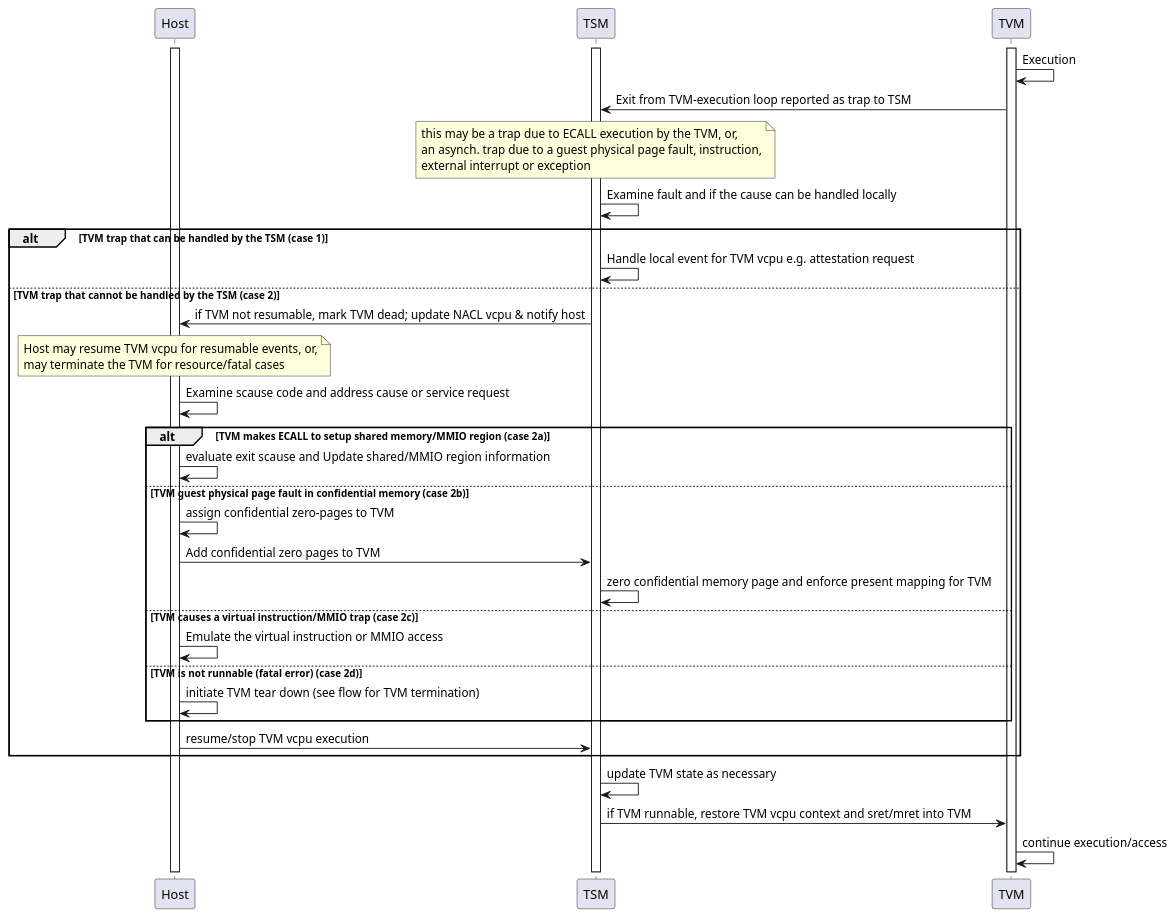
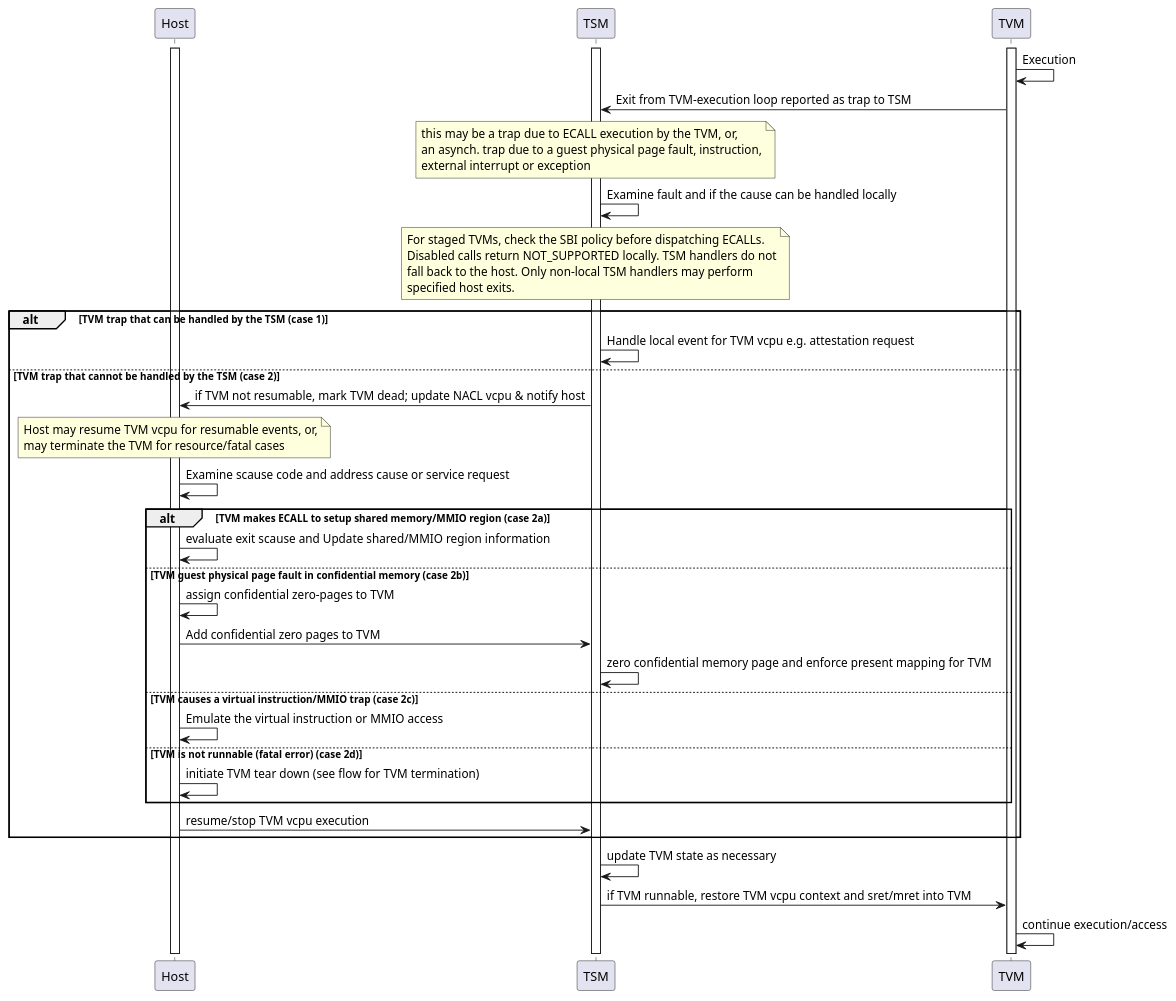
One commit to riscv-non-isa/riscv-ap-tee changed the third of 3 diagrams in src/sbi_cove.adoc. Above: the diagram before and after it, drawn with PlantUML. The commit also changed other lines of this file and 2 other files, not shown here.

First line of the commit message:
Add TVM controls for SBI

```diff
--- a/src/sbi_cove.adoc
+++ b/src/sbi_cove.adoc
@@ -612,63 +674,69 @@
 [plantuml]
 ....
 @startuml
 
 activate Host
 activate TSM
 activate TVM
 
 TVM -> TVM: Execution
 TVM -> TSM: Exit from TVM-execution loop reported as trap to TSM
 note over TSM
   this may be a trap due to ECALL execution by the TVM, or,
   an asynch. trap due to a guest physical page fault, instruction,
   external interrupt or exception
 end note
 TSM -> TSM: Examine fault and if the cause can be handled locally
+note over TSM
+  For staged TVMs, check the SBI policy before dispatching ECALLs.
+  Disabled calls return NOT_SUPPORTED locally. TSM handlers do not
+  fall back to the host. Only non-local TSM handlers may perform
+  specified host exits.
+end note
 
 alt TVM trap that can be handled by the TSM (case 1)
 
 TSM -> TSM: Handle local event for TVM vcpu e.g. attestation request
 
 else TVM trap that cannot be handled by the TSM (case 2)
 
 TSM -> Host: if TVM not resumable, mark TVM dead; update NACL vcpu & notify host
 
 note over Host
   Host may resume TVM vcpu for resumable events, or,
   may terminate the TVM for resource/fatal cases
 end note
 
 Host -> Host: Examine scause code and address cause or service request
 
 alt TVM makes ECALL to setup shared memory/MMIO region (case 2a)
 
 Host -> Host: evaluate exit scause and Update shared/MMIO region information
 
 else TVM guest physical page fault in confidential memory (case 2b)
 
 Host -> Host: assign confidential zero-pages to TVM
 Host -> TSM: Add confidential zero pages to TVM
 TSM -> TSM: zero confidential memory page and enforce present mapping for TVM
 
 else TVM causes a virtual instruction/MMIO trap (case 2c)
 
 Host -> Host: Emulate the virtual instruction or MMIO access
 
 else TVM is not runnable (fatal error) (case 2d)
 
 Host -> Host: initiate TVM tear down (see flow for TVM termination)
 
 end ` inner alt TVM trap serviced by Host (end case 2)
 
 Host -> TSM: resume/stop TVM vcpu execution
 
 end ` outer alt TVM trap (end case 1)
 
 TSM -> TSM: update TVM state as necessary
 TSM -> TVM: if TVM runnable, restore TVM vcpu context and sret/mret into TVM
 
 TVM -> TVM: continue execution/access
 
 @enduml
 ....
```
